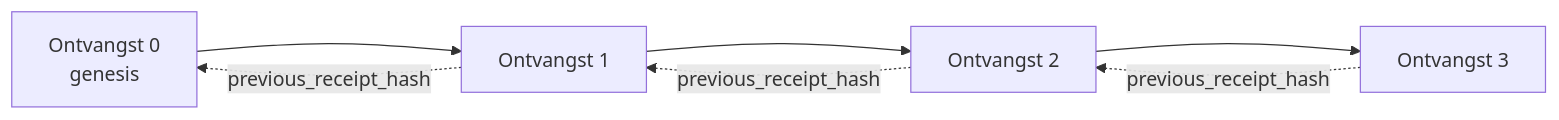
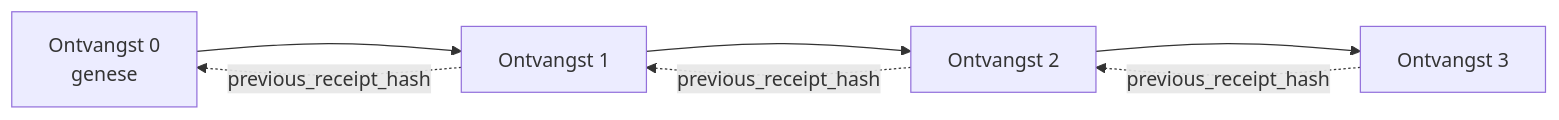
The second of 2 diagrams in translations/nl/18-securing-ai-agents/README.md (microsoft/ai-agents-for-beginners), drawn with Mermaid before and after one commit. The commit also changed other lines of this file and 222 other files, not shown here.

````diff
--- a/translations/nl/18-securing-ai-agents/README.md
+++ b/translations/nl/18-securing-ai-agents/README.md
@@ -206,9 +206,9 @@
 ```mermaid
 flowchart LR
-    R0[Ontvangst 0<br/>genesis] --> R1[Ontvangst 1]
+    R0[Ontvangst 0<br/>genese] --> R1[Ontvangst 1]
     R1 --> R2[Ontvangst 2]
     R2 --> R3[Ontvangst 3]
     R1 -. previous_receipt_hash .-> R0
     R2 -. previous_receipt_hash .-> R1
     R3 -. previous_receipt_hash .-> R2
 ```
````
